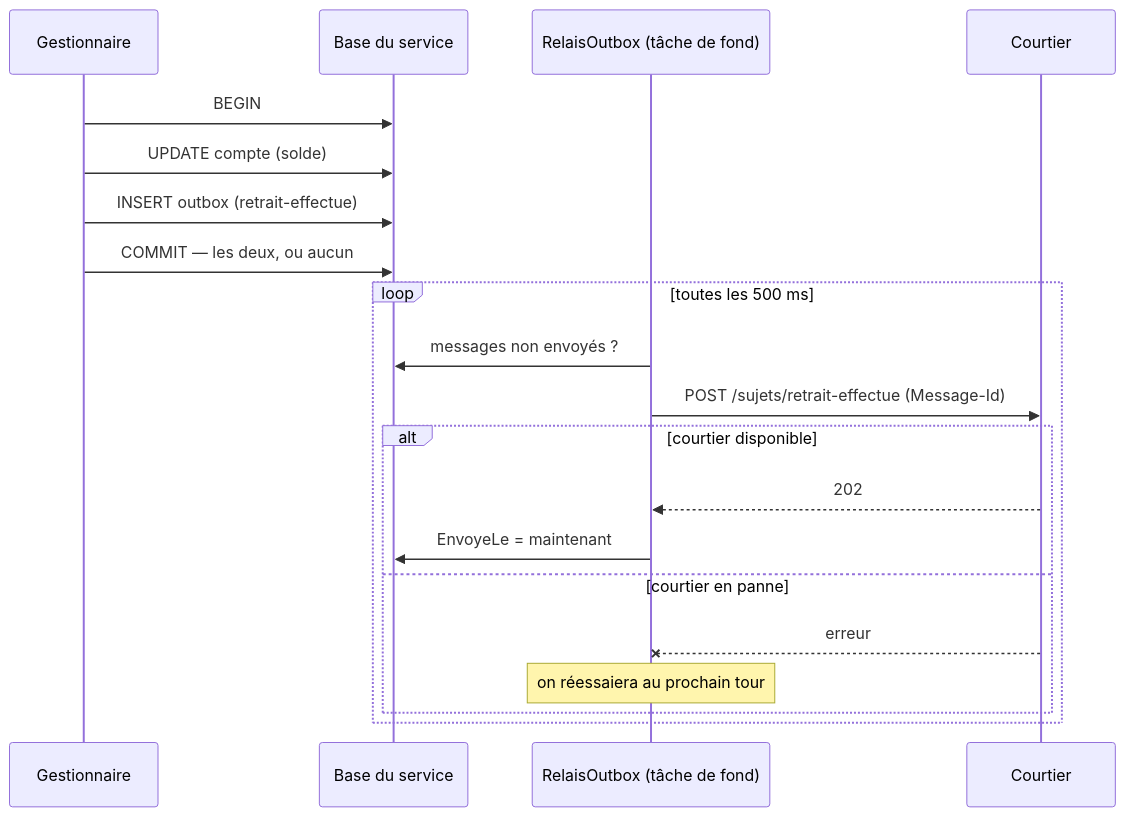
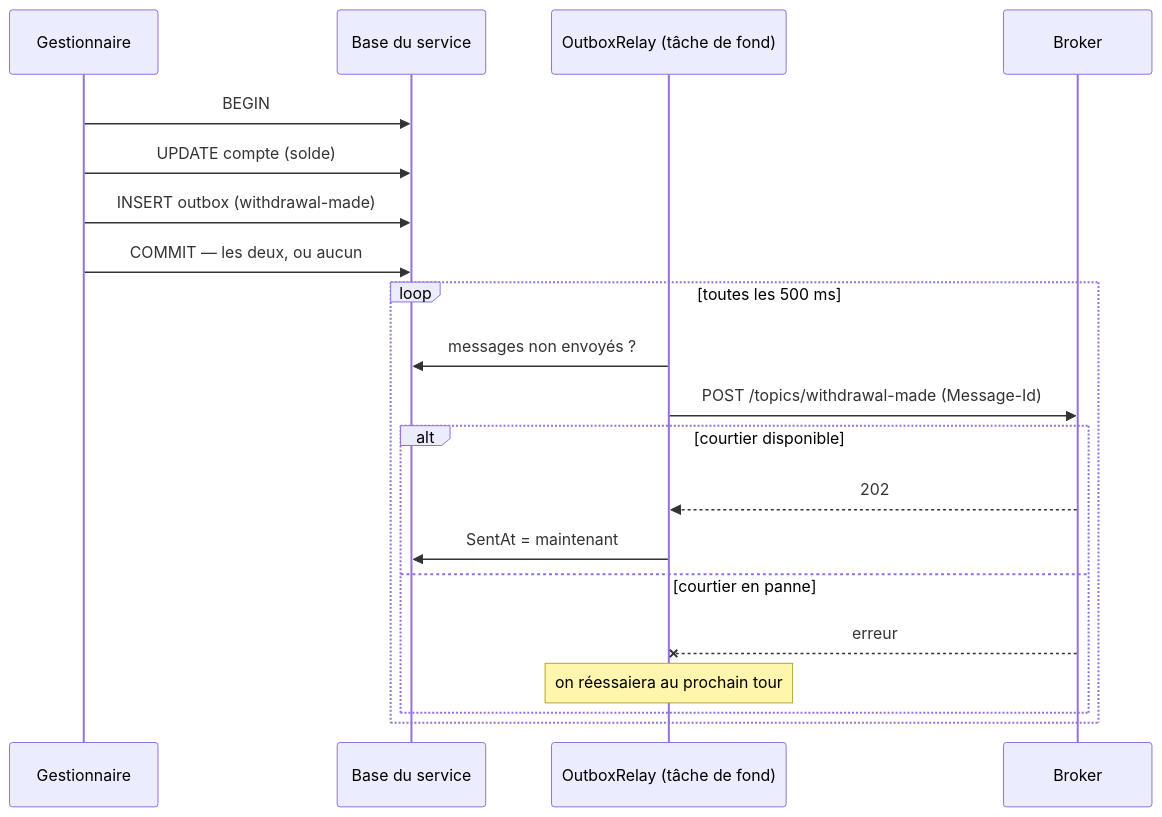
Before and after one commit to drangoht/ArchitecturesDemo: the second of 7 diagrams in Docs/concepts-transverses.md, drawn with Mermaid. The commit also changed other lines of this file and 70 other files, not shown here.

Commit message:
Docs FR : identifiants, liens, diagrammes et sorties alignés sur le code anglais

````diff
--- a/Docs/concepts-transverses.md
+++ b/Docs/concepts-transverses.md
@@ -59,22 +59,22 @@
 ```mermaid
 sequenceDiagram
     participant H as Gestionnaire
     participant DB as Base du service
-    participant R as RelaisOutbox (tâche de fond)
-    participant K as Courtier
+    participant R as OutboxRelay (tâche de fond)
+    participant K as Broker
     H->>DB: BEGIN
     H->>DB: UPDATE compte (solde)
-    H->>DB: INSERT outbox (retrait-effectue)
+    H->>DB: INSERT outbox (withdrawal-made)
     H->>DB: COMMIT — les deux, ou aucun
     loop toutes les 500 ms
         R->>DB: messages non envoyés ?
-        R->>K: POST /sujets/retrait-effectue (Message-Id)
+        R->>K: POST /topics/withdrawal-made (Message-Id)
         alt courtier disponible
             K-->>R: 202
-            R->>DB: EnvoyeLe = maintenant
+            R->>DB: SentAt = maintenant
         else courtier en panne
             K--xR: erreur
             Note over R: on réessaiera au prochain tour
         end
     end
 ```
````
